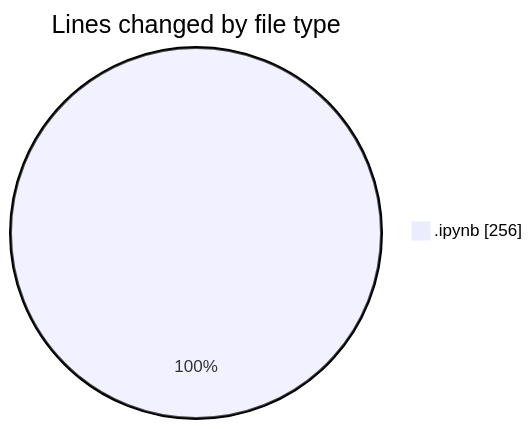
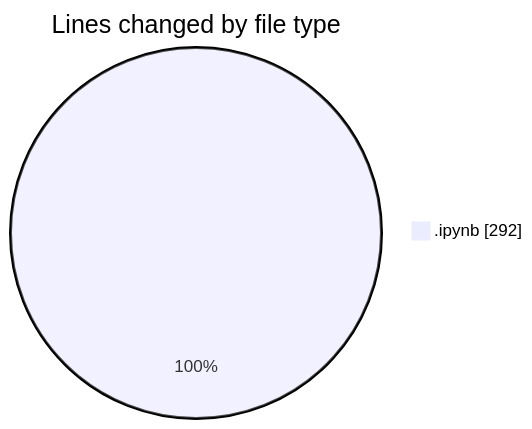
The first of 2 diagrams in 2026-08-25/pws_v/README.md (Unknowalive/code-tracking), drawn with Mermaid before and after one commit. The commit also changed other lines of this file and 1 other file, not shown here.

````diff
--- a/2026-08-25/pws_v/README.md
+++ b/2026-08-25/pws_v/README.md
@@ -20,5 +20,5 @@
 ```mermaid
 pie showData
 title Lines changed by file type
-".ipynb" : 256
+".ipynb" : 292
 ```
````
